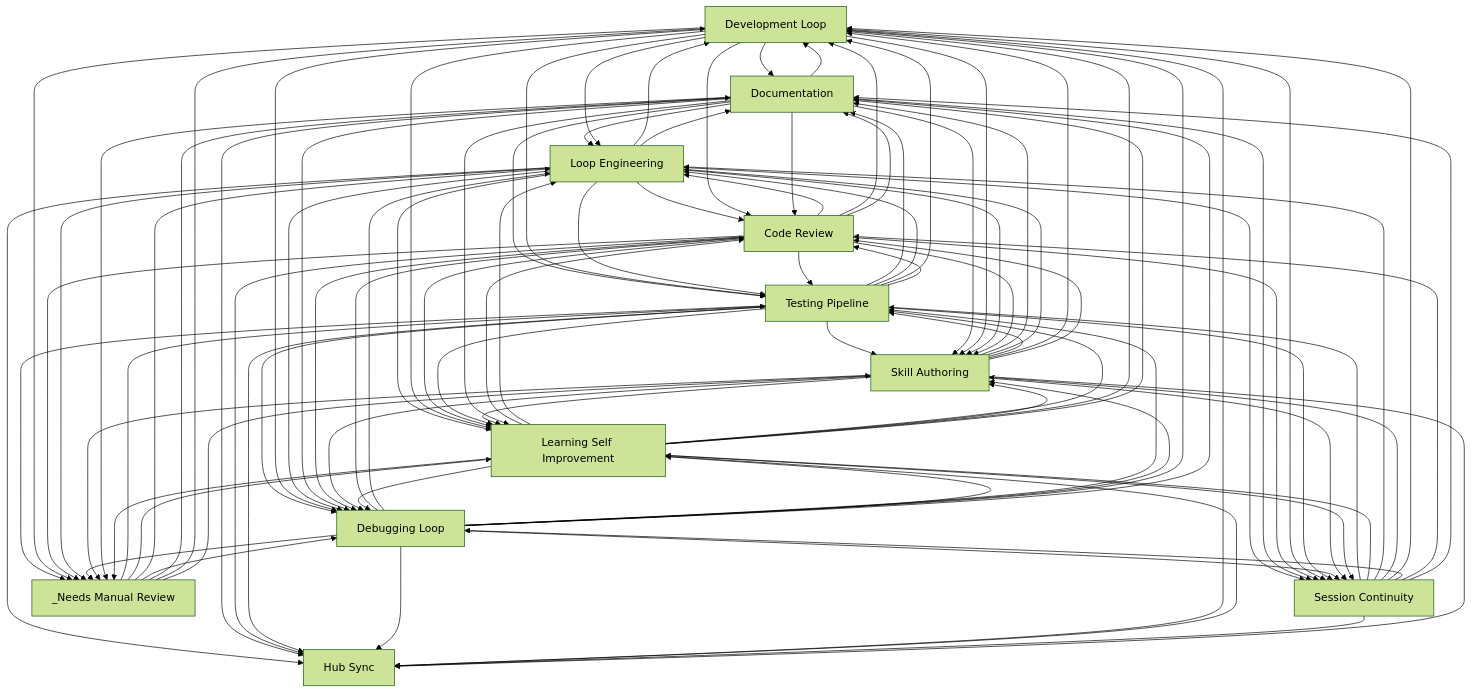
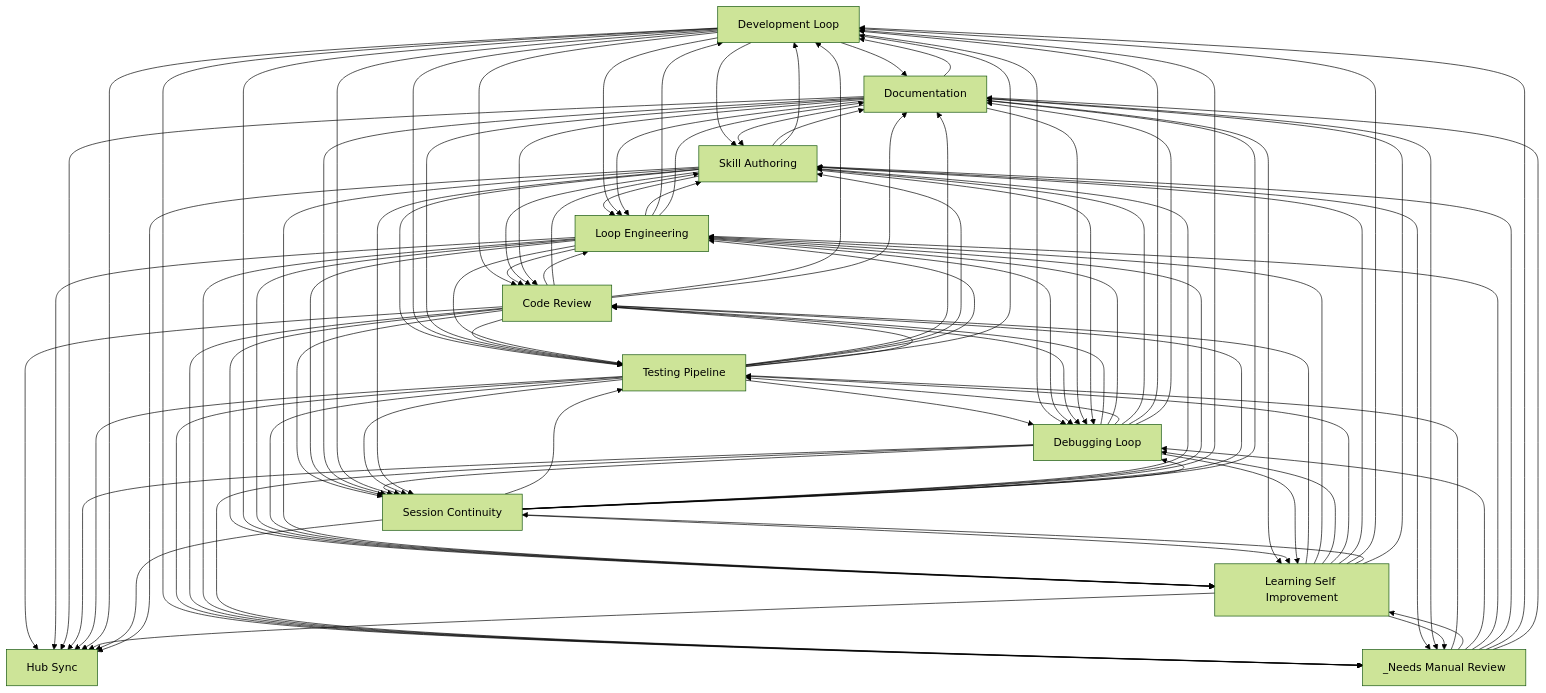
One commit to abhayla/claude-best-practices changed the diagram in docs/workflows/INDEX.md. Above: the diagram before and after it, drawn with Mermaid (forest theme). The commit also changed other lines of this file and 14 other files, not shown here.

```diff
--- a/docs/workflows/INDEX.md
+++ b/docs/workflows/INDEX.md
@@ -33,31 +33,31 @@
     documentation[Documentation]
     hub_sync[Hub Sync]
     _needs_manual_review[_Needs Manual Review]
+    skill_authoring --> documentation
+    development_loop --> documentation
     testing_pipeline --> documentation
-    development_loop --> documentation
-    skill_authoring --> documentation
+    skill_authoring --> loop_engineering
+    skill_authoring --> testing_pipeline
+    development_loop --> skill_authoring
+    development_loop --> loop_engineering
+    development_loop --> testing_pipeline
+    testing_pipeline --> skill_authoring
     testing_pipeline --> loop_engineering
-    testing_pipeline --> skill_authoring
+    documentation --> skill_authoring
     documentation --> loop_engineering
     documentation --> testing_pipeline
-    documentation --> skill_authoring
-    development_loop --> loop_engineering
-    development_loop --> testing_pipeline
-    development_loop --> skill_authoring
-    skill_authoring --> loop_engineering
-    skill_authoring --> testing_pipeline
+    code_review --> loop_engineering
+    code_review --> testing_pipeline
+    code_review --> skill_authoring
+    code_review --> development_loop
+    development_loop --> code_review
     loop_engineering --> code_review
     loop_engineering --> testing_pipeline
     loop_engineering --> skill_authoring
     loop_engineering --> development_loop
-    development_loop --> code_review
-    code_review --> loop_engineering
-    code_review --> testing_pipeline
-    code_review --> skill_authoring
-    code_review --> development_loop
+    code_review --> learning_self_improvement
+    development_loop --> learning_self_improvement
     loop_engineering --> learning_self_improvement
-    development_loop --> learning_self_improvement
-    code_review --> learning_self_improvement
     testing_pipeline --> development_loop
     testing_pipeline --> debugging_loop
     testing_pipeline --> code_review
@@ -70,39 +70,39 @@
     documentation --> development_loop
     loop_engineering --> debugging_loop
     loop_engineering --> documentation
+    skill_authoring --> code_review
     skill_authoring --> development_loop
-    skill_authoring --> code_review
     testing_pipeline --> learning_self_improvement
     skill_authoring --> learning_self_improvement
+    development_loop --> _needs_manual_review
     testing_pipeline --> _needs_manual_review
-    development_loop --> _needs_manual_review
+    code_review --> debugging_loop
     documentation --> code_review
     documentation --> debugging_loop
-    code_review --> debugging_loop
+    code_review --> hub_sync
+    code_review --> documentation
+    code_review --> session_continuity
     loop_engineering --> hub_sync
     loop_engineering --> session_continuity
     documentation --> hub_sync
+    documentation --> session_continuity
     documentation --> learning_self_improvement
-    documentation --> session_continuity
-    code_review --> hub_sync
-    code_review --> documentation
-    code_review --> session_continuity
-    development_loop --> session_continuity
     session_continuity --> testing_pipeline
     session_continuity --> learning_self_improvement
+    development_loop --> session_continuity
     _needs_manual_review --> testing_pipeline
     _needs_manual_review --> learning_self_improvement
+    debugging_loop --> session_continuity
+    debugging_loop --> learning_self_improvement
     testing_pipeline --> session_continuity
-    debugging_loop --> learning_self_improvement
-    debugging_loop --> session_continuity
-    testing_pipeline --> hub_sync
     debugging_loop --> hub_sync
     debugging_loop --> documentation
+    testing_pipeline --> hub_sync
     development_loop --> hub_sync
     skill_authoring --> session_continuity
     skill_authoring --> debugging_loop
+    _needs_manual_review --> debugging_loop
     _needs_manual_review --> loop_engineering
-    _needs_manual_review --> debugging_loop
     learning_self_improvement --> code_review
     learning_self_improvement --> loop_engineering
     learning_self_improvement --> debugging_loop
@@ -113,19 +113,19 @@
     loop_engineering --> _needs_manual_review
     debugging_loop --> _needs_manual_review
     skill_authoring --> _needs_manual_review
+    _needs_manual_review --> skill_authoring
+    _needs_manual_review --> development_loop
     _needs_manual_review --> documentation
-    _needs_manual_review --> development_loop
-    _needs_manual_review --> skill_authoring
     learning_self_improvement --> session_continuity
     documentation --> _needs_manual_review
+    session_continuity --> skill_authoring
     session_continuity --> loop_engineering
-    session_continuity --> skill_authoring
     learning_self_improvement --> hub_sync
     learning_self_improvement --> documentation
     session_continuity --> development_loop
     session_continuity --> debugging_loop
+    session_continuity --> hub_sync
     session_continuity --> code_review
-    session_continuity --> hub_sync
     session_continuity --> documentation
     skill_authoring --> hub_sync
     learning_self_improvement --> _needs_manual_review
```
